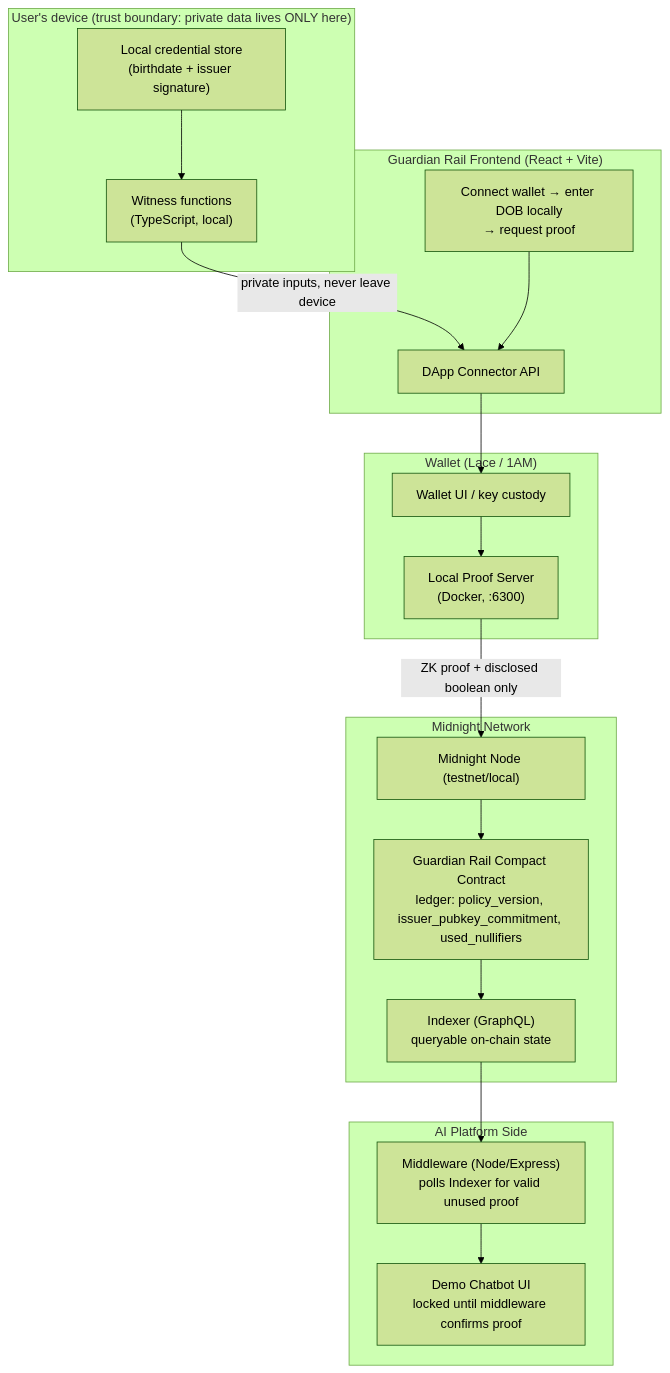
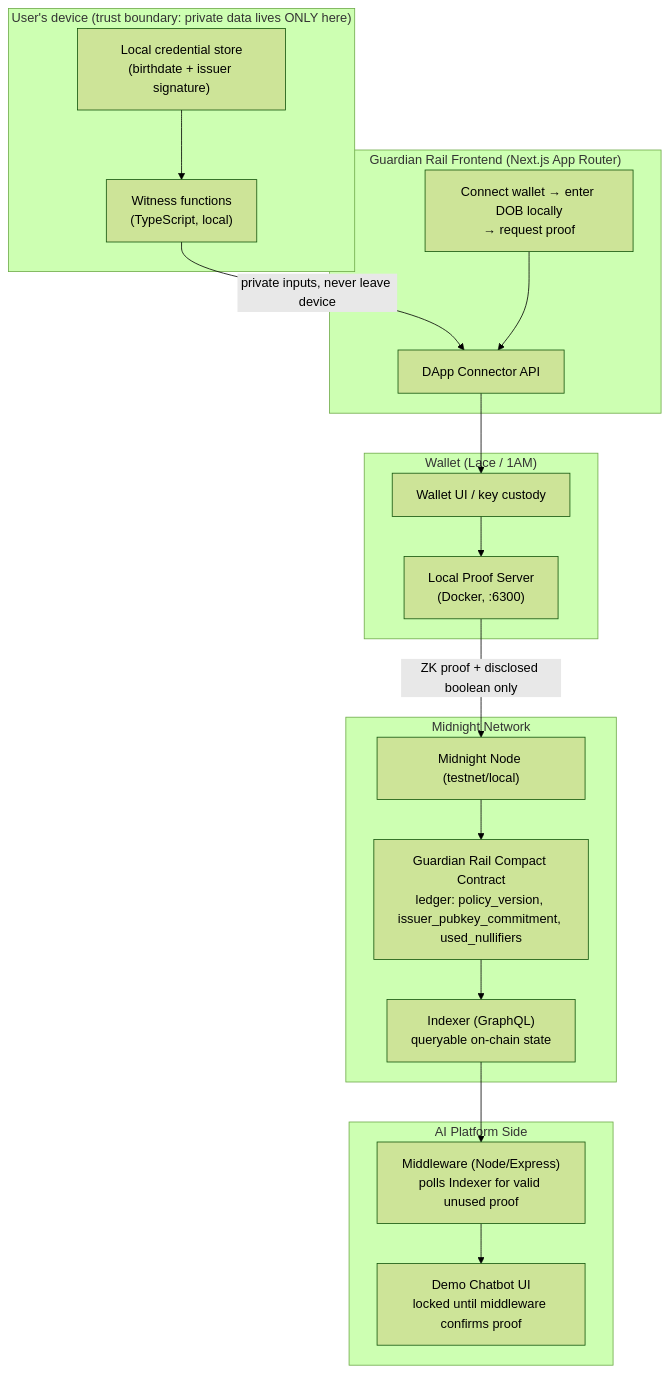
One commit to ArpitSiNgh08/Guardian-Rail changed the first of 2 diagrams in guardian-rail-architecture.md. Above: the diagram before and after it, drawn with Mermaid (forest theme). The commit also changed other lines of this file and 44 other files, not shown here.

````diff
--- a/guardian-rail-architecture.md
+++ b/guardian-rail-architecture.md
@@ -7,39 +7,39 @@
 ```mermaid
 flowchart TB
     subgraph User["User's device (trust boundary: private data lives ONLY here)"]
         DOB["Local credential store<br/>(birthdate + issuer signature)"]
         Witness["Witness functions<br/>(TypeScript, local)"]
     end
 
     subgraph Wallet["Wallet (Lace / 1AM)"]
         WalletUI["Wallet UI / key custody"]
         ProofServer["Local Proof Server<br/>(Docker, :6300)"]
     end
 
-    subgraph Frontend["Guardian Rail Frontend (React + Vite)"]
+    subgraph Frontend["Guardian Rail Frontend (Next.js App Router)"]
         Connector["DApp Connector API"]
         UIFlow["Connect wallet → enter DOB locally<br/>→ request proof"]
     end
 
     subgraph Midnight["Midnight Network"]
         Node["Midnight Node (testnet/local)"]
         Contract["Guardian Rail Compact Contract<br/>ledger: policy_version, issuer_pubkey_commitment, used_nullifiers"]
         Indexer["Indexer (GraphQL)<br/>queryable on-chain state"]
     end
 
     subgraph Platform["AI Platform Side"]
         Middleware["Middleware (Node/Express)<br/>polls Indexer for valid unused proof"]
         Chatbot["Demo Chatbot UI<br/>locked until middleware confirms proof"]
     end
 
     DOB --> Witness
     Witness -->|private inputs, never leave device| Connector
     UIFlow --> Connector
     Connector --> WalletUI
     WalletUI --> ProofServer
     ProofServer -->|ZK proof + disclosed boolean only| Node
     Node --> Contract
     Contract --> Indexer
     Indexer --> Middleware
     Middleware --> Chatbot
 ```
````
